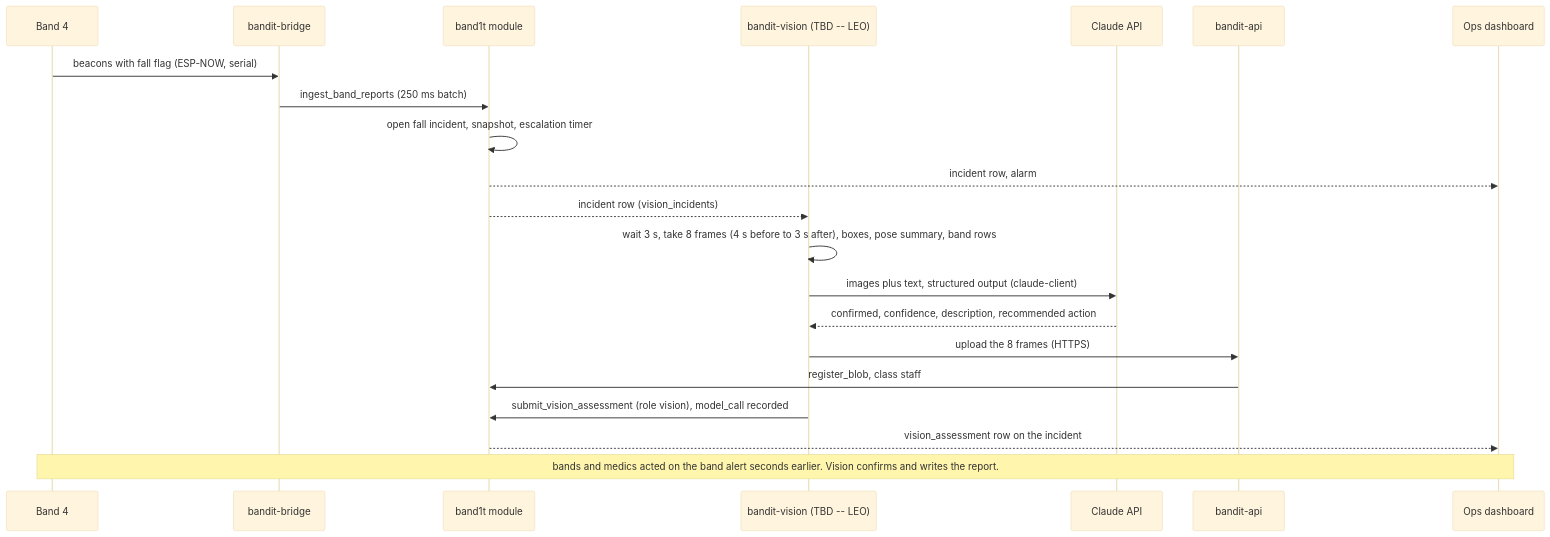
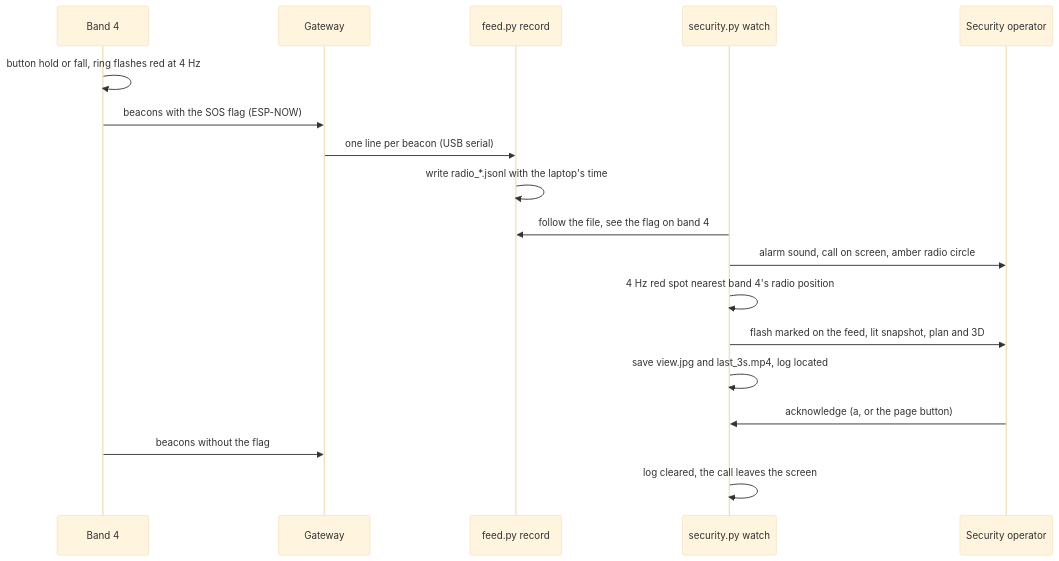
The second of 3 diagrams in System Design/4-devices/Vision.md (viktorinkov/cal-hacks-13), drawn with Mermaid (base theme) before and after one commit. The commit also changed other lines of this file and 22 other files, not shown here.

````diff
--- a/System Design/4-devices/Vision.md
+++ b/System Design/4-devices/Vision.md
@@ -204,23 +114,20 @@
 ```mermaid
 sequenceDiagram
-    participant Band as Band 4
-    participant Bridge as bandit-bridge
-    participant Mod as band1t module
-    participant Vis as bandit-vision (TBD -- LEO)
-    participant Claude as Claude API
-    participant Api as bandit-api
-    participant Ops as Ops dashboard
-    Band->>Bridge: beacons with fall flag (ESP-NOW, serial)
-    Bridge->>Mod: ingest_band_reports (250 ms batch)
-    Mod->>Mod: open fall incident, snapshot, escalation timer
-    Mod-->>Ops: incident row, alarm
-    Mod-->>Vis: incident row (vision_incidents)
-    Vis->>Vis: wait 3 s, take 8 frames (4 s before to 3 s after), boxes, pose summary, band rows
-    Vis->>Claude: images plus text, structured output (claude-client)
-    Claude-->>Vis: confirmed, confidence, description, recommended action
-    Vis->>Api: upload the 8 frames (HTTPS)
-    Api->>Mod: register_blob, class staff
-    Vis->>Mod: submit_vision_assessment (role vision), model_call recorded
-    Mod-->>Ops: vision_assessment row on the incident
-    Note over Band,Ops: bands and medics acted on the band alert seconds earlier. Vision confirms and writes the report.
+    participant B as Band 4
+    participant G as Gateway
+    participant R as feed.py record
+    participant S as security.py watch
+    participant O as Security operator
+    B->>B: button hold or fall, ring flashes red at 4 Hz
+    B->>G: beacons with the SOS flag (ESP-NOW)
+    G->>R: one line per beacon (USB serial)
+    R->>R: write radio_*.jsonl with the laptop's time
+    S->>R: follow the file, see the flag on band 4
+    S->>O: alarm sound, call on screen, amber radio circle
+    S->>S: 4 Hz red spot nearest band 4's radio position
+    S->>O: flash marked on the feed, lit snapshot, plan and 3D
+    S->>S: save view.jpg and last_3s.mp4, log located
+    O->>S: acknowledge (a, or the page button)
+    B->>G: beacons without the flag
+    S->>S: log cleared, the call leaves the screen
 ```
````
